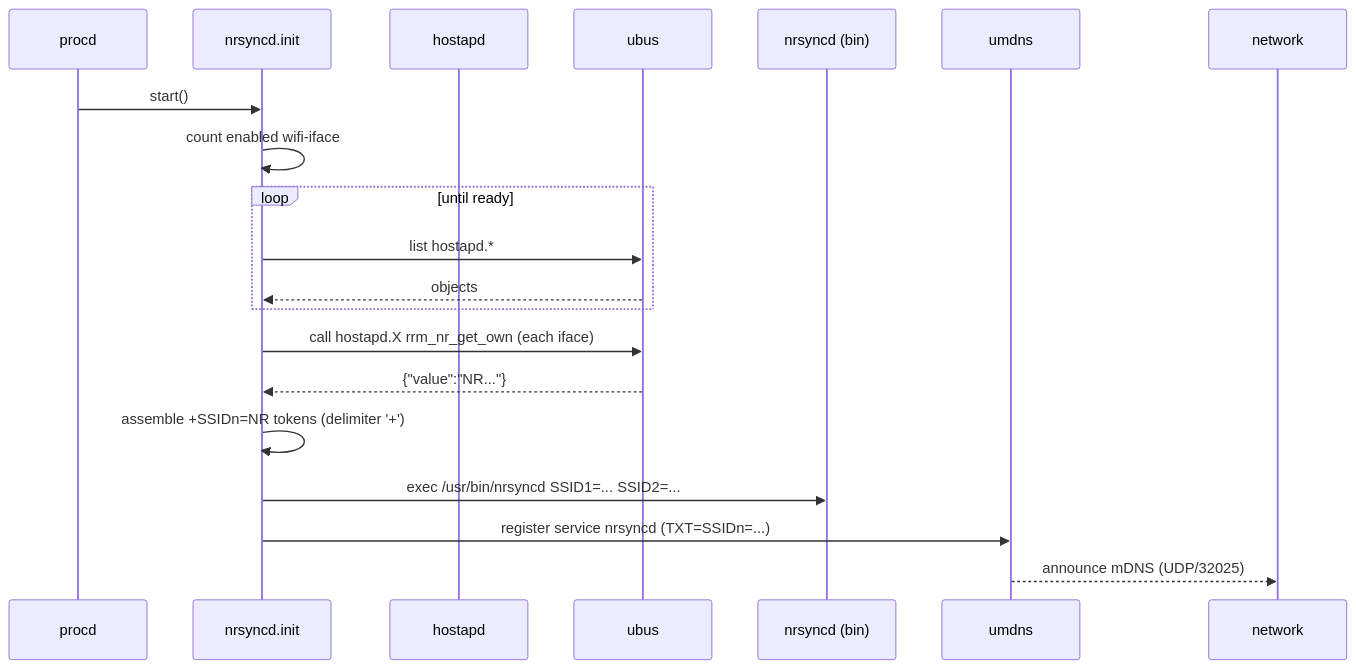
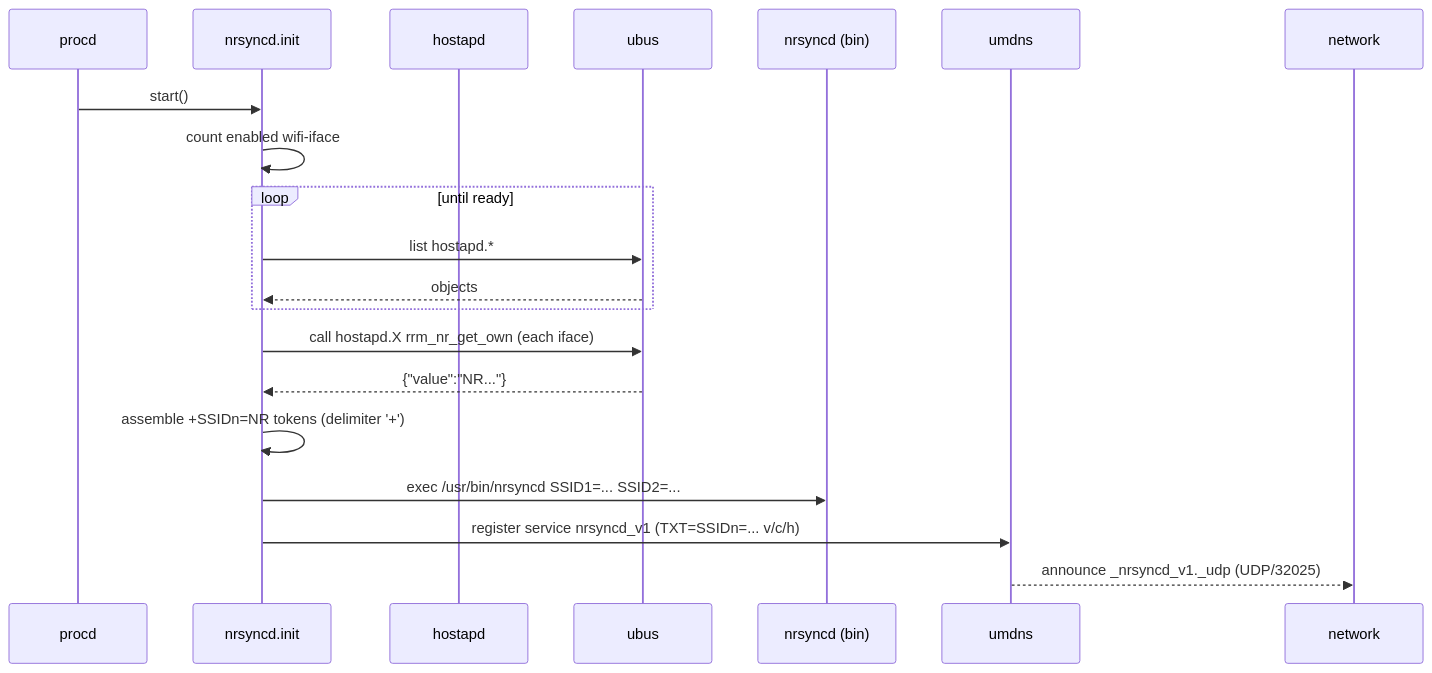
The diagram in README.md (Fail-Safe/nrsyncd), drawn with Mermaid before and after one commit. The commit also changed other lines of this file and 12 other files, not shown here.

````diff
--- a/README.md
+++ b/README.md
@@ -51,22 +52,22 @@
 ```mermaid
 sequenceDiagram
 	participant procd
 	participant init as nrsyncd.init
 	participant hostapd
 	participant ubus
 	participant daemon as nrsyncd (bin)
 	participant umdns
 
 	procd->>init: start()
 	init->>init: count enabled wifi-iface
 	loop until ready
 		init->>ubus: list hostapd.*
 		ubus-->>init: objects
 	end
 	init->>ubus: call hostapd.X rrm_nr_get_own (each iface)
 	ubus-->>init: {"value":"NR..."}
 	init->>init: assemble +SSIDn=NR tokens (delimiter '+')
 	init->>daemon: exec /usr/bin/nrsyncd SSID1=... SSID2=...
-	init->>umdns: register service nrsyncd (TXT=SSIDn=...)
-	umdns-->>network: announce mDNS (UDP/32025)
+	init->>umdns: register service nrsyncd_v1 (TXT=SSIDn=... v/c/h)
+	umdns-->>network: announce _nrsyncd_v1._udp (UDP/32025)
 ```
````
